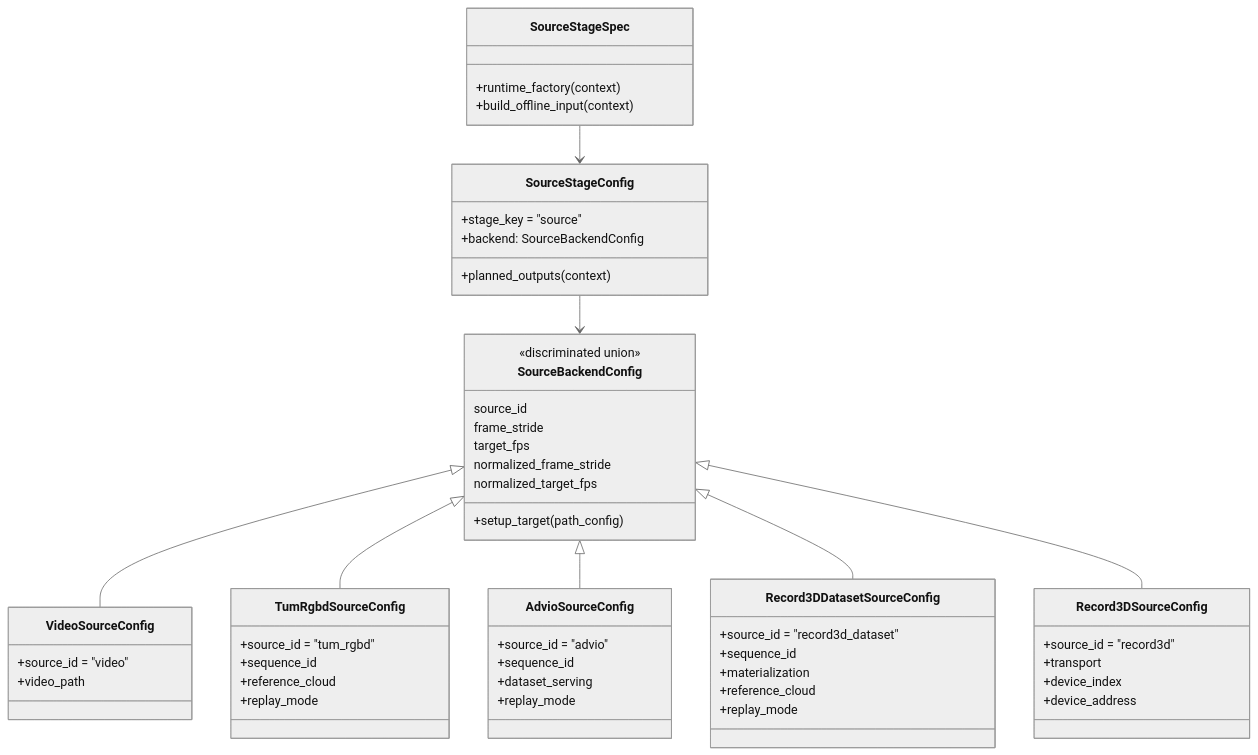
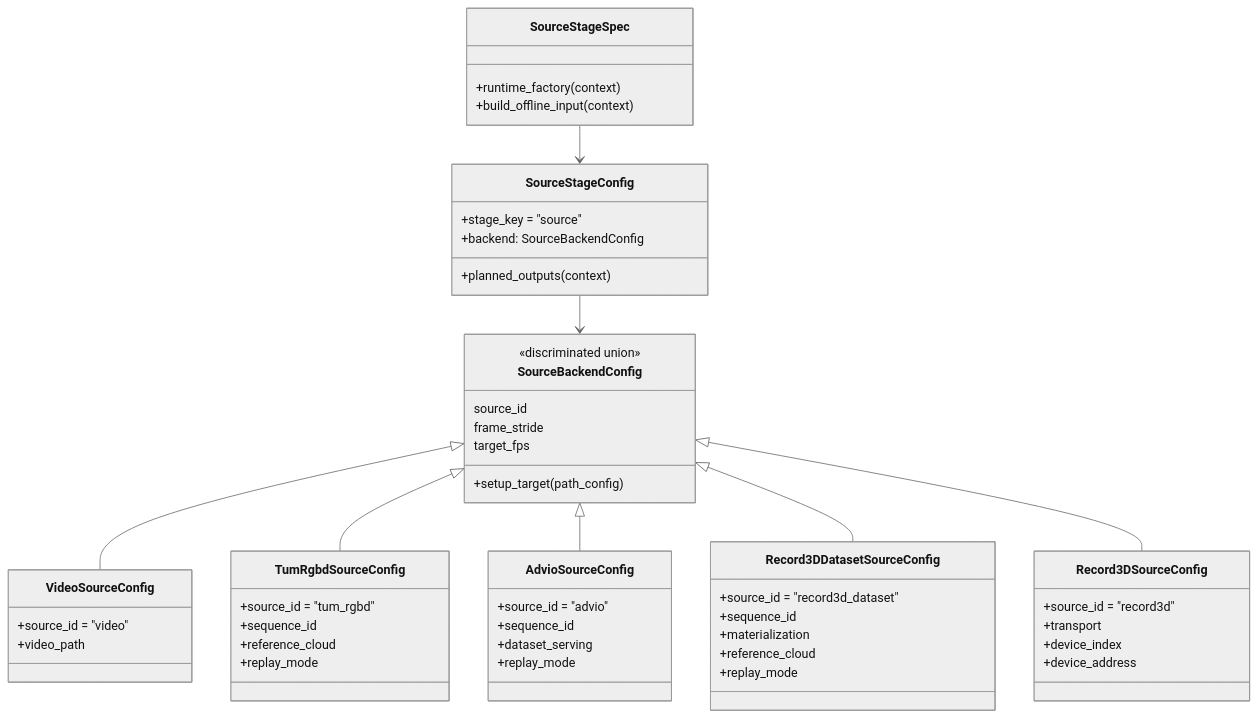
Before and after one commit to JanDuchscherer104/prml-vslam: the diagram in src/prml_vslam/sources/README.md, drawn with Mermaid (neutral theme). The commit also changed other lines of this file and 27 other files, not shown here.

````diff
--- a/src/prml_vslam/sources/README.md
+++ b/src/prml_vslam/sources/README.md
@@ -35,65 +35,63 @@
 ```mermaid
 classDiagram
     class SourceStageConfig {
         +stage_key = "source"
         +backend: SourceBackendConfig
         +planned_outputs(context)
     }
 
     class SourceStageSpec {
         +runtime_factory(context)
         +build_offline_input(context)
     }
 
     class SourceBackendConfig {
         <<discriminated union>>
         source_id
         frame_stride
         target_fps
-        normalized_frame_stride
-        normalized_target_fps
         +setup_target(path_config)
     }
 
     class VideoSourceConfig {
         +source_id = "video"
         +video_path
     }
 
     class TumRgbdSourceConfig {
         +source_id = "tum_rgbd"
         +sequence_id
         +reference_cloud
         +replay_mode
     }
 
     class AdvioSourceConfig {
         +source_id = "advio"
         +sequence_id
         +dataset_serving
         +replay_mode
     }
 
     class Record3DDatasetSourceConfig {
         +source_id = "record3d_dataset"
         +sequence_id
         +materialization
         +reference_cloud
         +replay_mode
     }
 
     class Record3DSourceConfig {
         +source_id = "record3d"
         +transport
         +device_index
         +device_address
     }
 
     SourceStageConfig --> SourceBackendConfig
     SourceStageSpec --> SourceStageConfig
     SourceBackendConfig <|-- VideoSourceConfig
     SourceBackendConfig <|-- TumRgbdSourceConfig
     SourceBackendConfig <|-- AdvioSourceConfig
     SourceBackendConfig <|-- Record3DDatasetSourceConfig
     SourceBackendConfig <|-- Record3DSourceConfig
 ```
````
